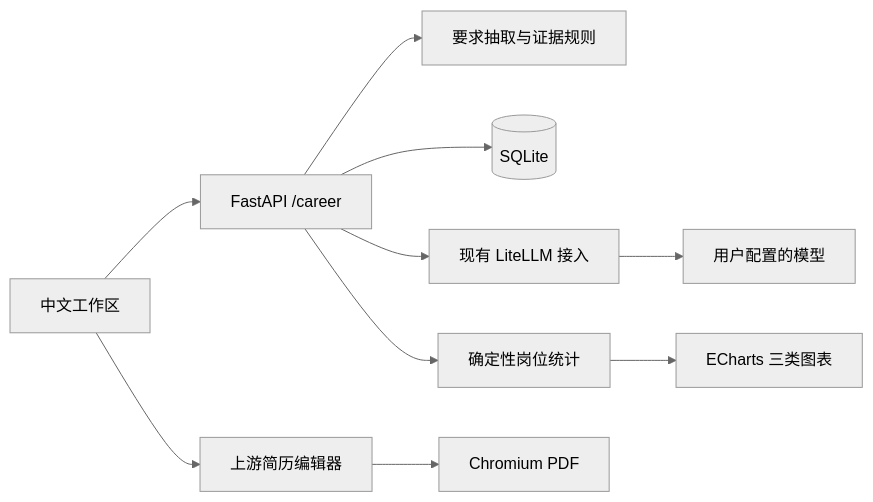
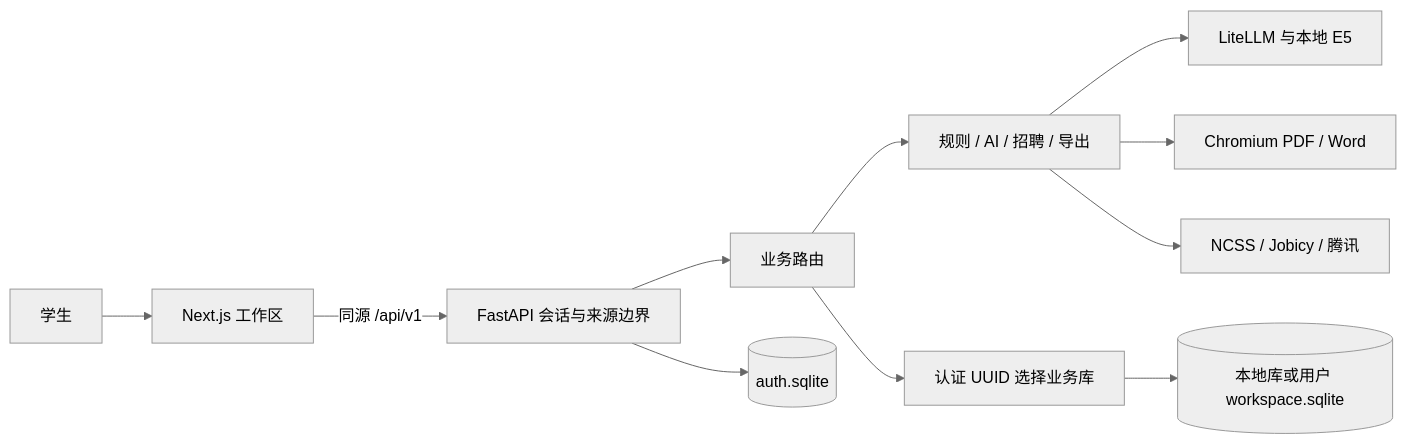
The first of 2 diagrams in docs/架构与接口.md (1subtle/careerlens), drawn with Mermaid (neutral theme) before and after one commit. The commit also changed other lines of this file and 306 other files, not shown here.

````diff
--- a/docs/架构与接口.md
+++ b/docs/架构与接口.md
@@ -5,12 +25,13 @@
 ```mermaid
 flowchart LR
-  U[中文工作区] --> F[FastAPI /career]
-  U --> E[上游简历编辑器]
-  F --> R[要求抽取与证据规则]
-  F --> D[(SQLite)]
-  F --> L[现有 LiteLLM 接入]
-  L --> M[用户配置的模型]
-  E --> P[Chromium PDF]
-  F --> S[确定性岗位统计]
-  S --> C[ECharts 三类图表]
+    U[学生] --> W[Next.js 工作区]
+    W -->|同源 /api/v1| H[FastAPI 会话与来源边界]
+    H --> A[业务路由]
+    A --> R[规则 / AI / 招聘 / 导出]
+    A --> D[认证 UUID 选择业务库]
+    H --> AU[(auth.sqlite)]
+    D --> DB[(本地库或用户 workspace.sqlite)]
+    R --> L[LiteLLM 与本地 E5]
+    R --> P[Chromium PDF / Word]
+    R --> J[NCSS / Jobicy / 腾讯]
 ```
````
